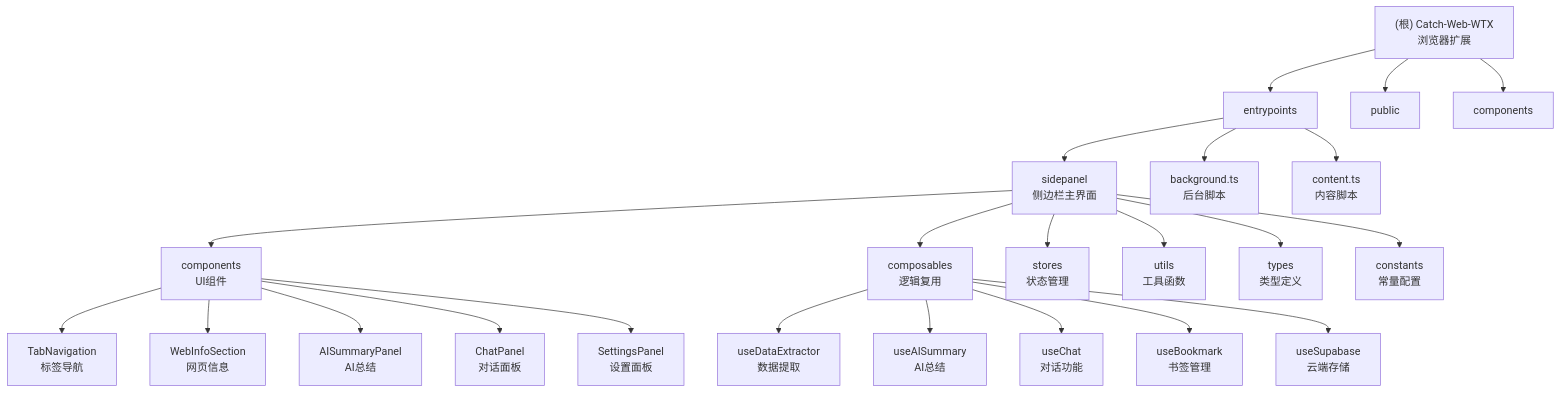
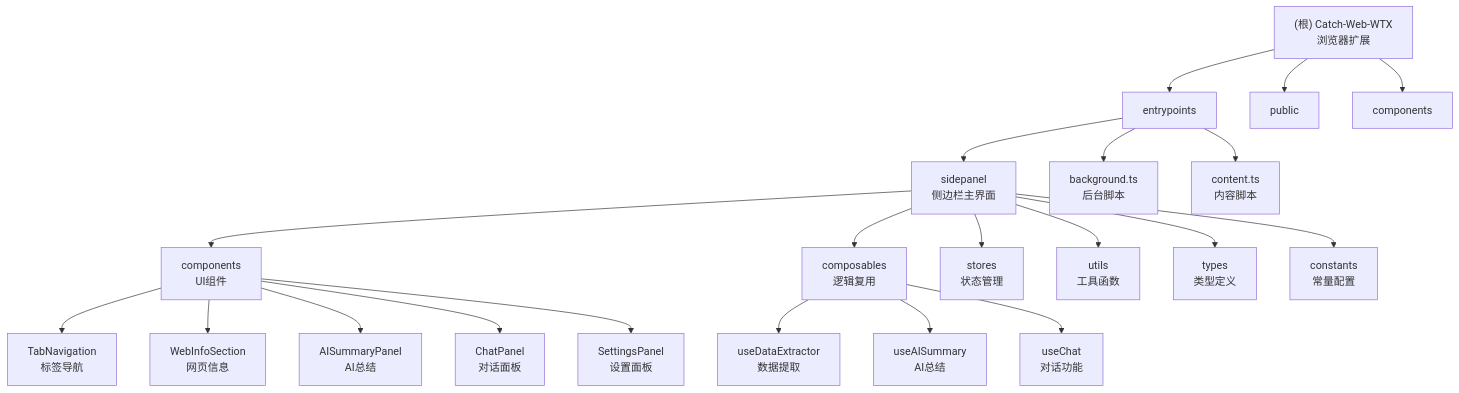
One commit to LeeSKII/Catch-Web-WTX changed the diagram in CLAUDE.md. Above: the diagram before and after it, drawn with Mermaid. The commit also changed other lines of this file and 8 other files, not shown here.

````diff
--- a/CLAUDE.md
+++ b/CLAUDE.md
@@ -65,32 +63,30 @@
 ```mermaid
 graph TD
     A["(根) Catch-Web-WTX<br/>浏览器扩展"] --> B["entrypoints"];
     A --> C["public"];
     A --> D["components"];
 
     B --> E["sidepanel<br/>侧边栏主界面"];
     B --> F["background.ts<br/>后台脚本"];
     B --> G["content.ts<br/>内容脚本"];
 
     E --> H["components<br/>UI组件"];
     E --> I["composables<br/>逻辑复用"];
     E --> J["stores<br/>状态管理"];
     E --> K["utils<br/>工具函数"];
     E --> L["types<br/>类型定义"];
     E --> M["constants<br/>常量配置"];
 
     H --> N["TabNavigation<br/>标签导航"];
     H --> O["WebInfoSection<br/>网页信息"];
     H --> P["AISummaryPanel<br/>AI总结"];
     H --> Q["ChatPanel<br/>对话面板"];
     H --> R["SettingsPanel<br/>设置面板"];
 
     I --> S["useDataExtractor<br/>数据提取"];
     I --> T["useAISummary<br/>AI总结"];
     I --> U["useChat<br/>对话功能"];
-    I --> V["useBookmark<br/>书签管理"];
-    I --> W["useSupabase<br/>云端存储"];
 
     click B "#entrypoints-模块" "查看 entrypoints 模块文档"
     click E "#sidepanel-模块" "查看 sidepanel 模块文档"
 ```
````
